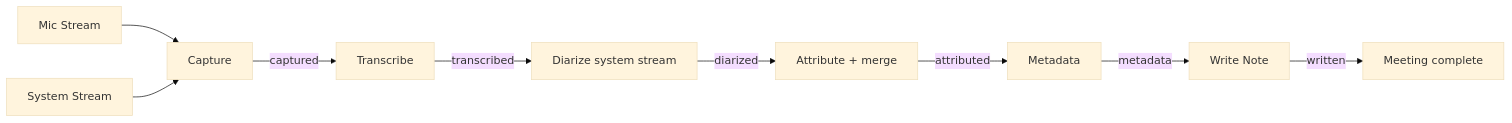
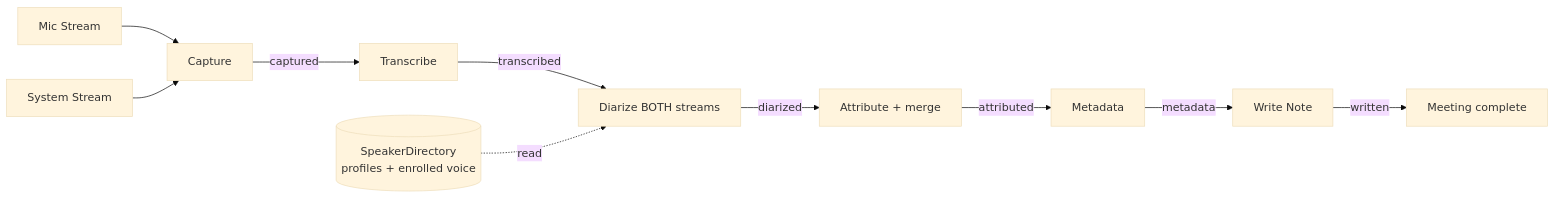
Before and after one commit to NiklasLuettringhaus/Minutes: the second of 4 diagrams in _bmad-output/planning-artifacts/architecture/architecture-meeting-recorder-2026-08-31/ARCHITECTURE-SPINE.md, drawn with Mermaid (base theme). The commit also changed other lines of this file and 1 other file, not shown here.

````diff
--- a/_bmad-output/planning-artifacts/architecture/architecture-meeting-recorder-2026-08-31/ARCHITECTURE-SPINE.md
+++ b/_bmad-output/planning-artifacts/architecture/architecture-meeting-recorder-2026-08-31/ARCHITECTURE-SPINE.md
@@ -267,11 +323,12 @@
 ```mermaid
 graph LR
     MIC[Mic Stream] --> CAP[Capture]
     SYS[System Stream] --> CAP
     CAP -->|captured| TR[Transcribe]
-    TR -->|transcribed| DI[Diarize system stream]
+    TR -->|transcribed| DI[Diarize BOTH streams]
+    SD[(SpeakerDirectory<br/>profiles + enrolled voice)] -. read .-> DI
     DI -->|diarized| AT[Attribute + merge]
     AT -->|attributed| MD[Metadata]
     MD -->|metadata| WR[Write Note]
     WR -->|written| DONE[Meeting complete]
 ```
````
